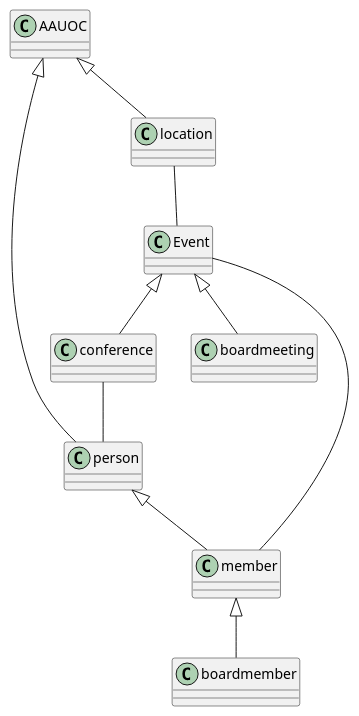
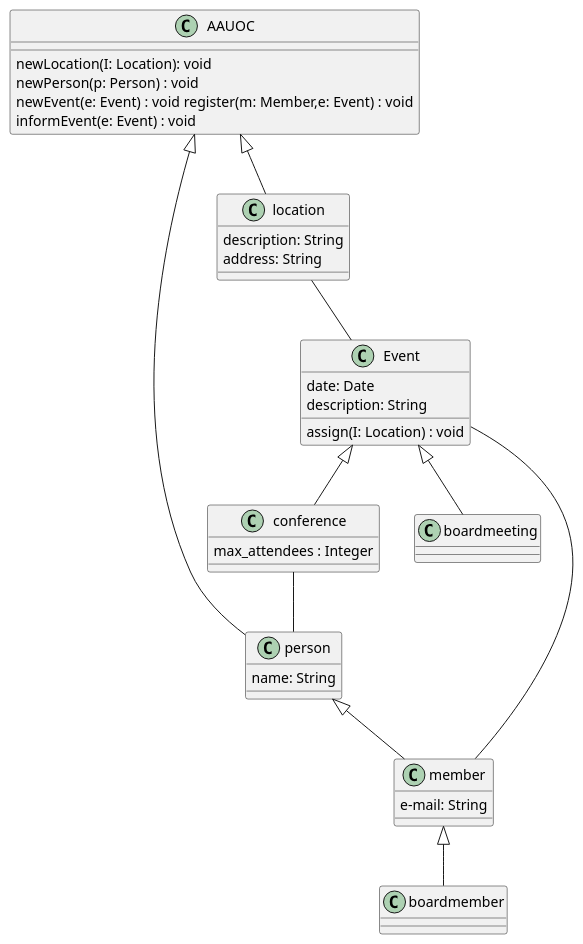
The diagram in src/ejercicioplant.puml (jorgealll/UMLClasesJorge), drawn with PlantUML before and after one commit. The commit also changed 1 other file, not shown here.

```diff
--- a/src/ejercicioplant.puml
+++ b/src/ejercicioplant.puml
@@ -1,22 +1,40 @@
 @startuml
 'https://plantuml.com/sequence-diagram
 
-class Event
-class conference
+class Event{
+date: Date
+description: String
+assign(I: Location) : void
+}
+class conference{
+max_attendees : Integer
+}
 class boardmeeting
 Event <|-- conference
 Event <|-- boardmeeting
 
-class person
-class member
+class person{
+name: String
+}
+class member{
+e-mail: String
+}
 class boardmember
 person <|-- member
 member <|-- boardmember
-class AAUOC
-class location
+class AAUOC{
+newLocation(I: Location): void
+newPerson(p: Person) : void
+newEvent(e: Event) : void register(m: Member,e: Event) : void
+informEvent(e: Event) : void
+}
+class location{
+description: String
+address: String
+}
 AAUOC <|-- location
 location -- Event
 Event -- member
 conference -- person
 AAUOC <|-- person
 @enduml
```
